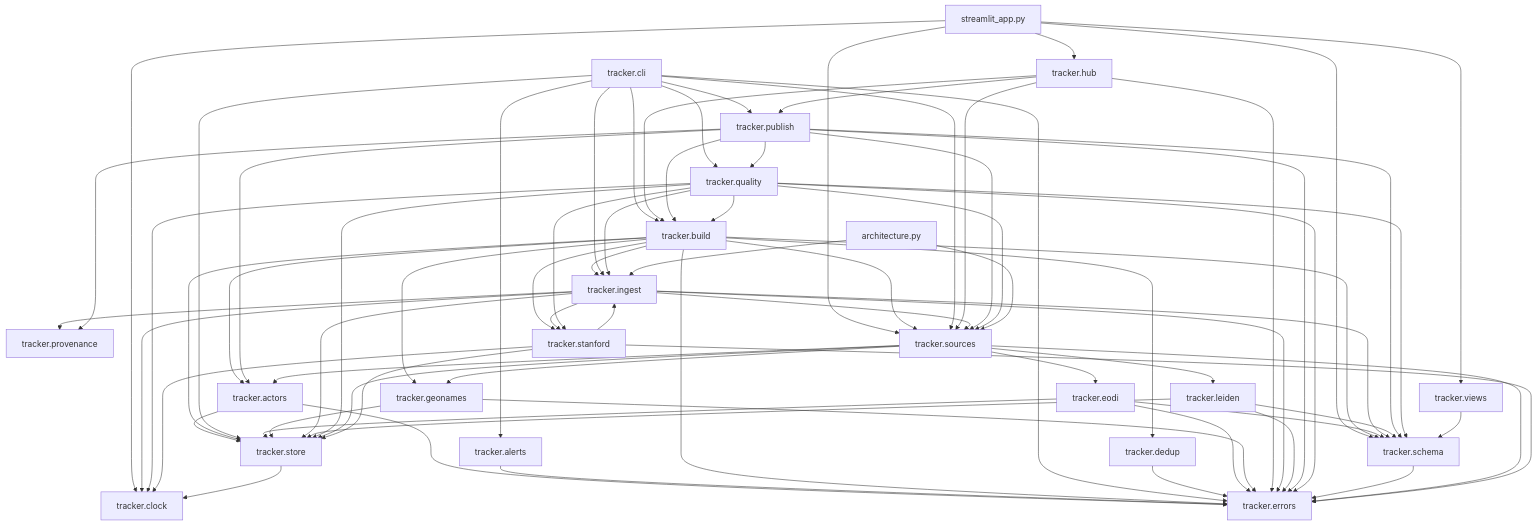
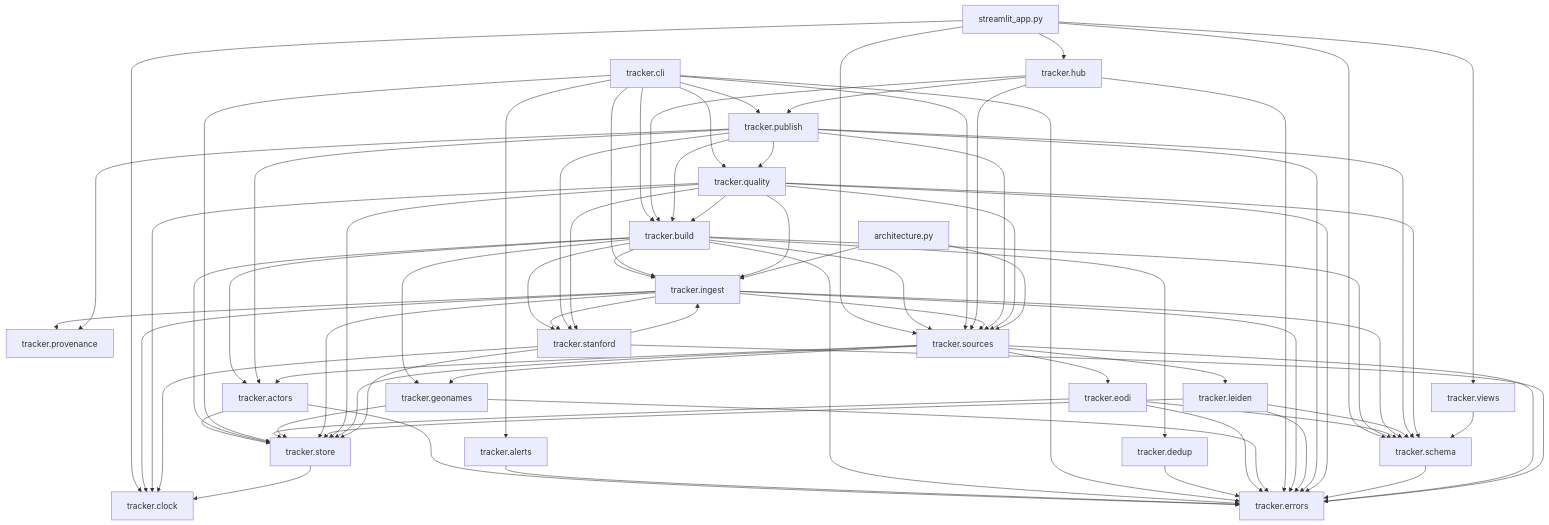
One commit to tryph0n/hybrid-tracker changed the third of 3 diagrams in docs/architecture.md. Above: the diagram before and after it, drawn with Mermaid. The commit also changed 9 other files, not shown here.

First line of the commit message:
feat(publish): describe the Stanford table in the NC card and the docs (schema 2.7.0)

```diff
--- a/docs/architecture.md
+++ b/docs/architecture.md
@@ -236,6 +236,7 @@
   module_tracker_publish --> module_tracker_quality
   module_tracker_publish --> module_tracker_schema
   module_tracker_publish --> module_tracker_sources
+  module_tracker_publish --> module_tracker_stanford
   module_tracker_quality --> module_tracker_build
   module_tracker_quality --> module_tracker_clock
   module_tracker_quality --> module_tracker_errors
```
